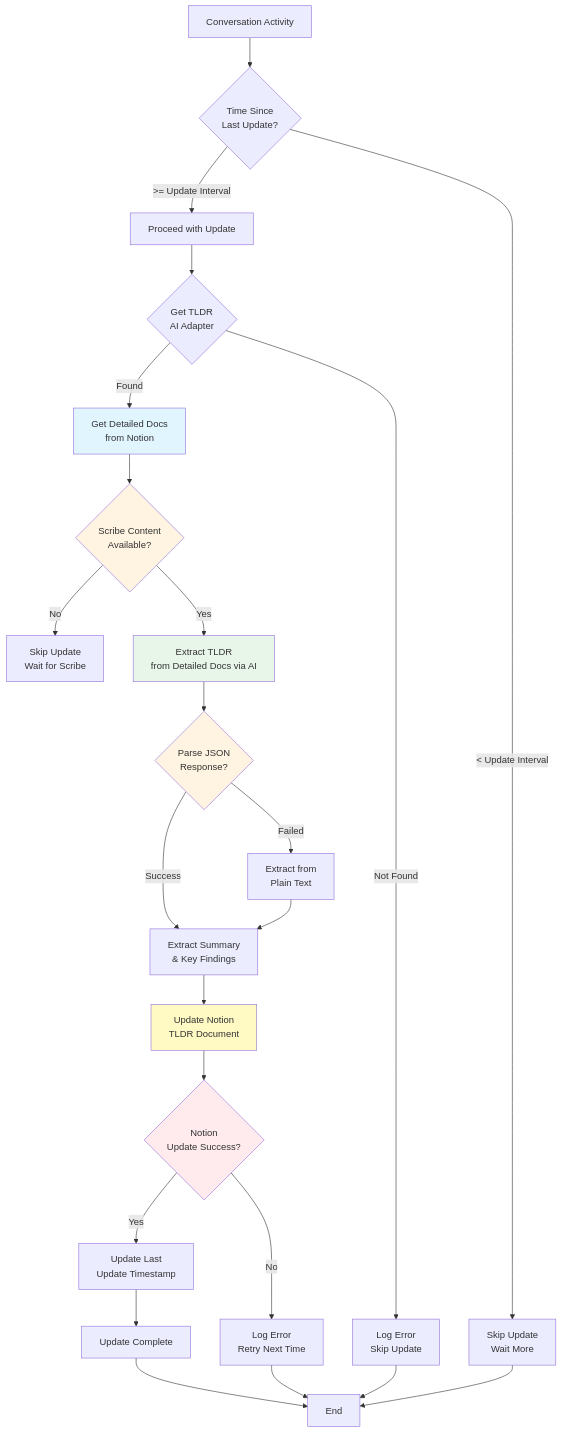
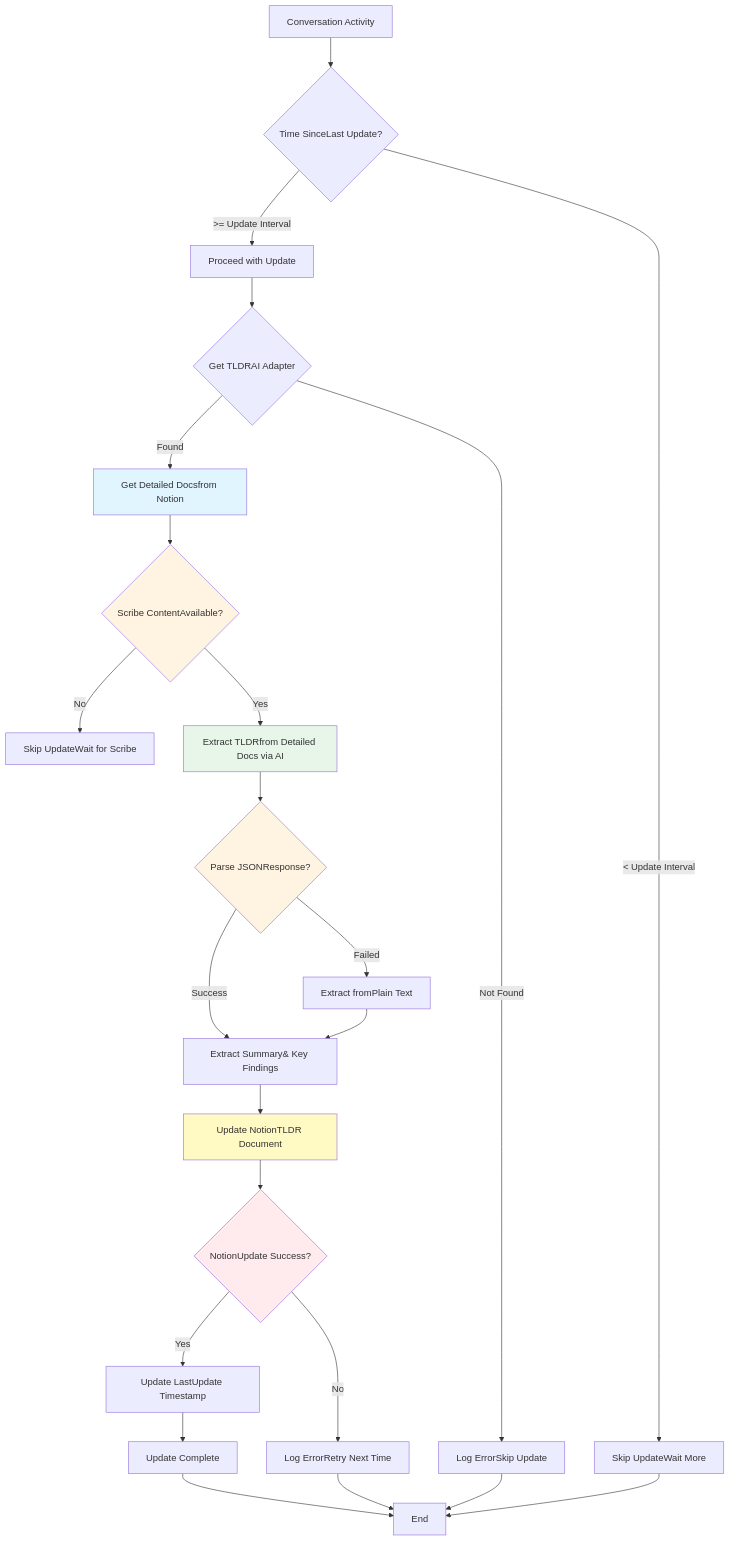
Before and after one commit to jak-pan/super-brainstorm-bot: the eighth of 16 diagrams in ARCHITECTURE.md, drawn with Mermaid. The commit also changed other lines of this file, not shown here.

Commit message:
Fix: Remove HTML br tags from Mermaid diagrams for GitHub compatibility

````diff
--- a/ARCHITECTURE.md
+++ b/ARCHITECTURE.md
@@ -537,38 +537,38 @@
 ```mermaid
 flowchart TD
-    Start[Conversation Activity] --> CheckInterval{Time Since<br/>Last Update?}
+    Start[Conversation Activity] --> CheckInterval{Time SinceLast Update?}
     CheckInterval -->|>= Update Interval| Proceed[Proceed with Update]
-    CheckInterval -->|< Update Interval| Skip[Skip Update<br/>Wait More]
+    CheckInterval -->|< Update Interval| Skip[Skip UpdateWait More]
     
-    Proceed --> GetAdapter{Get TLDR<br/>AI Adapter}
-    GetAdapter -->|Found| GetScribeContent[Get Detailed Docs<br/>from Notion]
-    GetAdapter -->|Not Found| LogError[Log Error<br/>Skip Update]
+    Proceed --> GetAdapter{Get TLDRAI Adapter}
+    GetAdapter -->|Found| GetScribeContent[Get Detailed Docsfrom Notion]
+    GetAdapter -->|Not Found| LogError[Log ErrorSkip Update]
     
-    GetScribeContent --> CheckContent{Scribe Content<br/>Available?}
-    CheckContent -->|No| SkipUpdate[Skip Update<br/>Wait for Scribe]
-    CheckContent -->|Yes| Generate[Extract TLDR<br/>from Detailed Docs via AI]
-    Generate --> ParseJSON{Parse JSON<br/>Response?}
+    GetScribeContent --> CheckContent{Scribe ContentAvailable?}
+    CheckContent -->|No| SkipUpdate[Skip UpdateWait for Scribe]
+    CheckContent -->|Yes| Generate[Extract TLDRfrom Detailed Docs via AI]
+    Generate --> ParseJSON{Parse JSONResponse?}
     
-    ParseJSON -->|Success| Extract[Extract Summary<br/>& Key Findings]
-    ParseJSON -->|Failed| ParseText[Extract from<br/>Plain Text]
+    ParseJSON -->|Success| Extract[Extract Summary& Key Findings]
+    ParseJSON -->|Failed| ParseText[Extract fromPlain Text]
     
     ParseText --> Extract
-    Extract --> UpdateNotion[Update Notion<br/>TLDR Document]
+    Extract --> UpdateNotion[Update NotionTLDR Document]
     
-    UpdateNotion --> CheckSuccess{Notion<br/>Update Success?}
-    CheckSuccess -->|Yes| UpdateTimestamp[Update Last<br/>Update Timestamp]
-    CheckSuccess -->|No| LogNotionError[Log Error<br/>Retry Next Time]
+    UpdateNotion --> CheckSuccess{NotionUpdate Success?}
+    CheckSuccess -->|Yes| UpdateTimestamp[Update LastUpdate Timestamp]
+    CheckSuccess -->|No| LogNotionError[Log ErrorRetry Next Time]
     
     UpdateTimestamp --> Complete[Update Complete]
     LogError --> End[End]
     LogNotionError --> End
     Skip --> End
     Complete --> End
     
     style GetScribeContent fill:#e1f5ff
     style CheckContent fill:#fff4e1
     style Generate fill:#e8f5e9
     style UpdateNotion fill:#fff9c4
     style CheckSuccess fill:#ffebee
     style ParseJSON fill:#fff4e1
 ```
````
